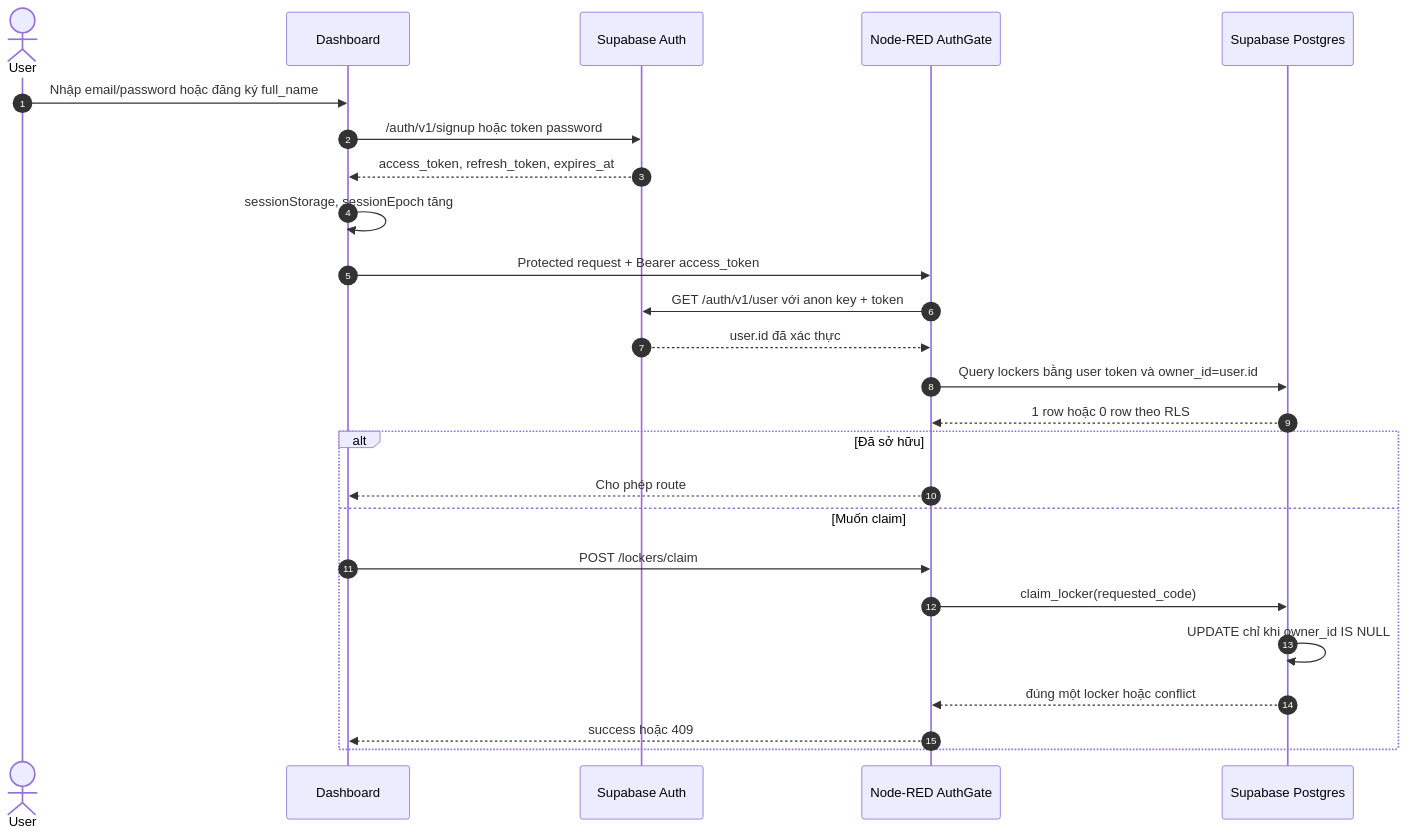
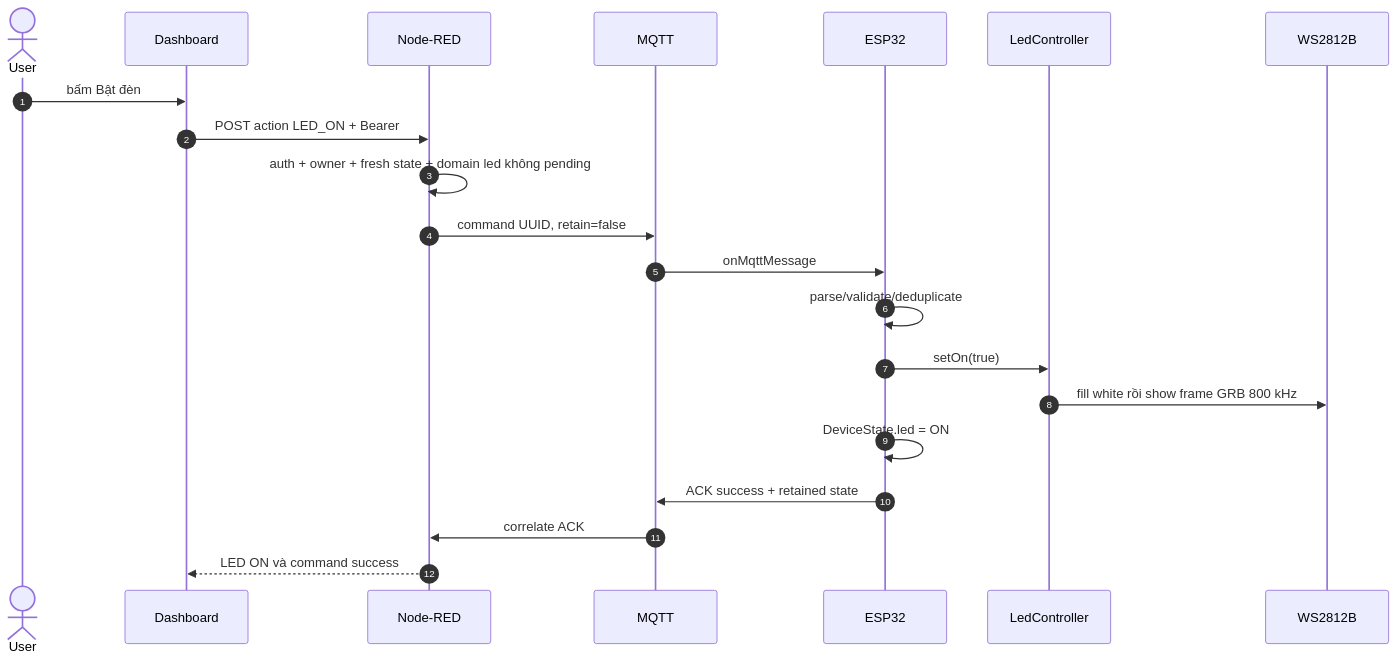
Diagram 14 of 28 in ON_TAP_VAN_DAP_CHI_TIET.md (ThaiQuangHuy2906/smart-privacy-locker), drawn with Mermaid before and after one commit. The commit also changed other lines of this file and 25 other files, not shown here.

````diff
--- a/ON_TAP_VAN_DAP_CHI_TIET.md
+++ b/ON_TAP_VAN_DAP_CHI_TIET.md
@@ -1226,28 +1580,24 @@
 ```mermaid
 sequenceDiagram
     autonumber
     actor U as User
     participant W as Dashboard
-    participant SA as Supabase Auth
-    participant N as Node-RED AuthGate
-    participant DB as Supabase Postgres
+    participant N as Node-RED
+    participant Q as MQTT
+    participant F as ESP32
+    participant L as LedController
+    participant P as WS2812B
 
-    U->>W: Nhập email/password hoặc đăng ký full_name
-    W->>SA: /auth/v1/signup hoặc token password
-    SA-->>W: access_token, refresh_token, expires_at
-    W->>W: sessionStorage, sessionEpoch tăng
-    W->>N: Protected request + Bearer access_token
-    N->>SA: GET /auth/v1/user với anon key + token
-    SA-->>N: user.id đã xác thực
-    N->>DB: Query lockers bằng user token và owner_id=user.id
-    DB-->>N: 1 row hoặc 0 row theo RLS
-    alt Đã sở hữu
-        N-->>W: Cho phép route
-    else Muốn claim
-        W->>N: POST /lockers/claim
-        N->>DB: claim_locker(requested_code)
-        DB->>DB: UPDATE chỉ khi owner_id IS NULL
-        DB-->>N: đúng một locker hoặc conflict
-        N-->>W: success hoặc 409
-    end
+    U->>W: bấm Bật đèn
+    W->>N: POST action LED_ON + Bearer
+    N->>N: auth + owner + fresh state + domain led không pending
+    N->>Q: command UUID, retain=false
+    Q->>F: onMqttMessage
+    F->>F: parse/validate/deduplicate
+    F->>L: setOn(true)
+    L->>P: fill white rồi show frame GRB 800 kHz
+    F->>F: DeviceState.led = ON
+    F->>Q: ACK success + retained state
+    Q->>N: correlate ACK
+    N-->>W: LED ON và command success
 ```
````
